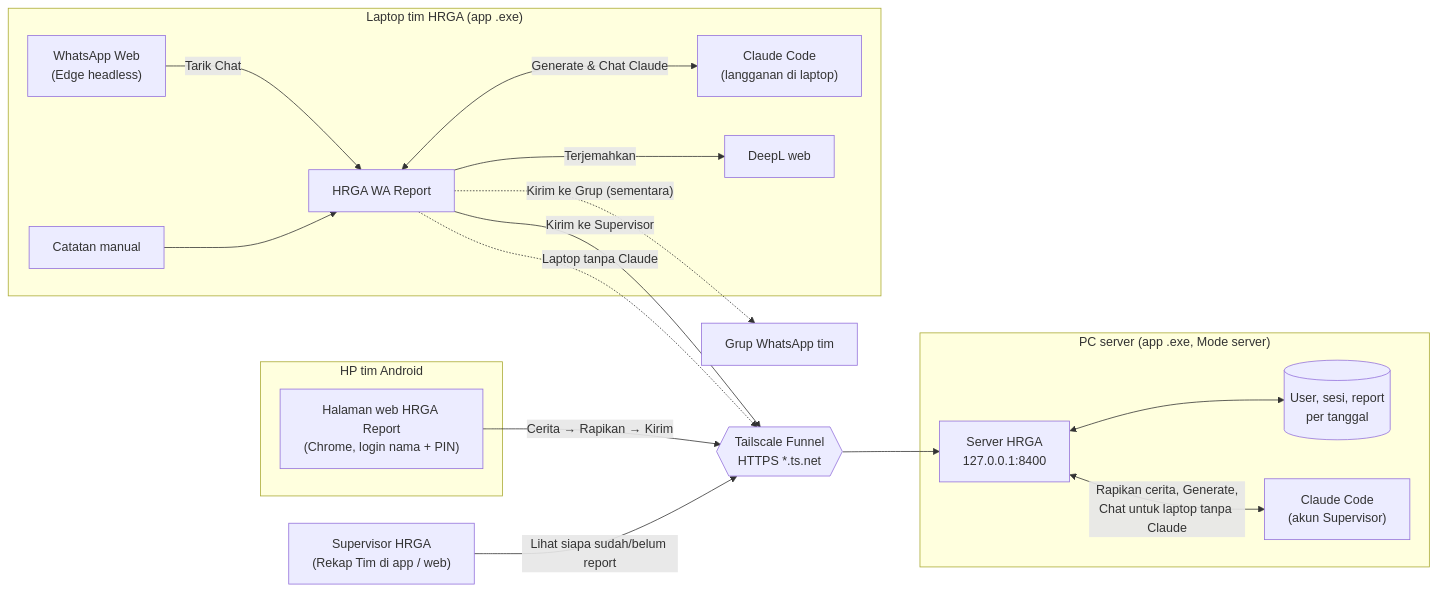
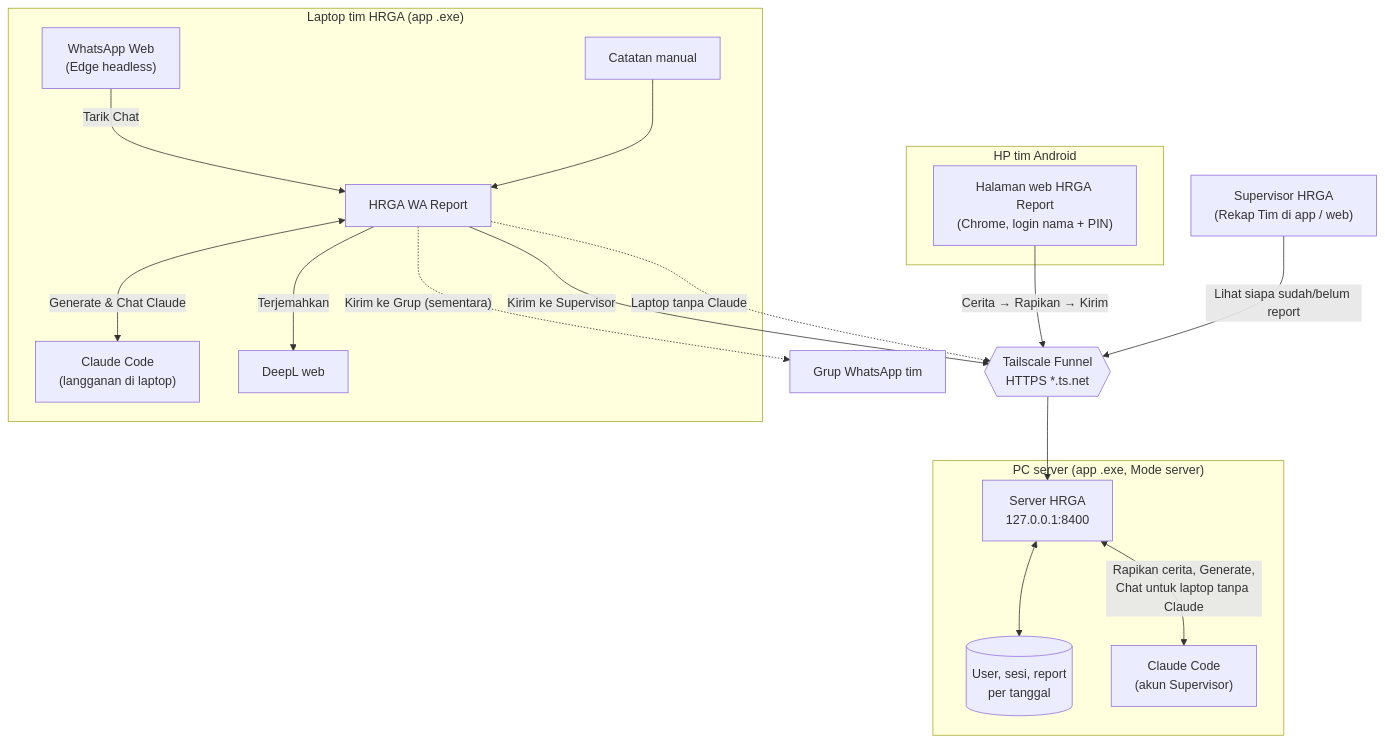
Before and after one commit to r0corp/HRGA-Assistant: the diagram in README.md, drawn with Mermaid.

Commit message:
README: top-down flow diagram for readability

````diff
--- a/README.md
+++ b/README.md
@@ -9,31 +9,31 @@
 ```mermaid
-flowchart LR
+flowchart TB
     subgraph LAPTOP["Laptop tim HRGA (app .exe)"]
         WA["WhatsApp Web<br/>(Edge headless)"] -->|Tarik Chat| APP["HRGA WA Report"]
         NOTE["Catatan manual"] --> APP
         APP <-->|"Generate & Chat Claude"| CL["Claude Code<br/>(langganan di laptop)"]
         APP -->|Terjemahkan| DL["DeepL web"]
     end
 
     subgraph HP["HP tim Android"]
         WEB["Halaman web HRGA Report<br/>(Chrome, login nama + PIN)"]
     end
 
     subgraph SRV["PC server (app .exe, Mode server)"]
         API["Server HRGA<br/>127.0.0.1:8400"]
         DATA[("User, sesi, report<br/>per tanggal")]
         CLS["Claude Code<br/>(akun Supervisor)"]
         API <--> DATA
         API <-->|"Rapikan cerita, Generate,<br/>Chat untuk laptop tanpa Claude"| CLS
     end
 
     TS{{"Tailscale Funnel<br/>HTTPS *.ts.net"}}
 
     APP -->|"Kirim ke Supervisor"| TS
     APP -.->|"Laptop tanpa Claude"| TS
     WEB -->|"Cerita → Rapikan → Kirim"| TS
     TS --> API
     APP -.->|"Kirim ke Grup (sementara)"| GRP["Grup WhatsApp tim"]
 
     SPV["Supervisor HRGA<br/>(Rekap Tim di app / web)"] -->|"Lihat siapa sudah/belum report"| TS
 ```
````
